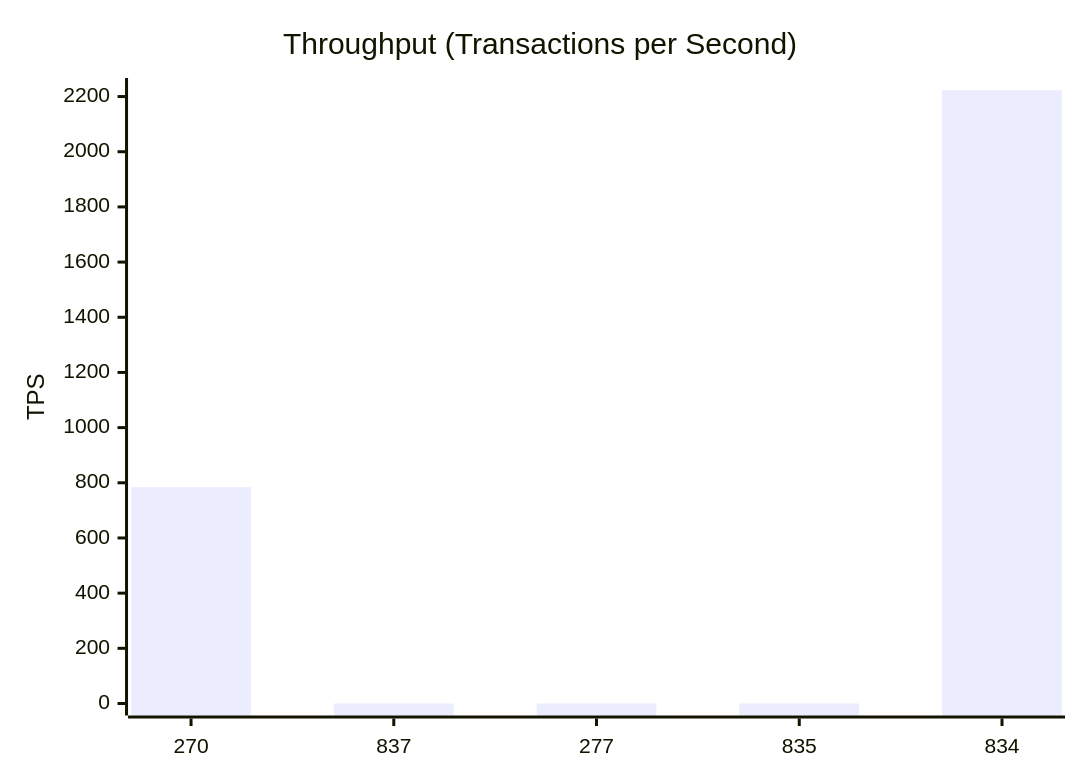
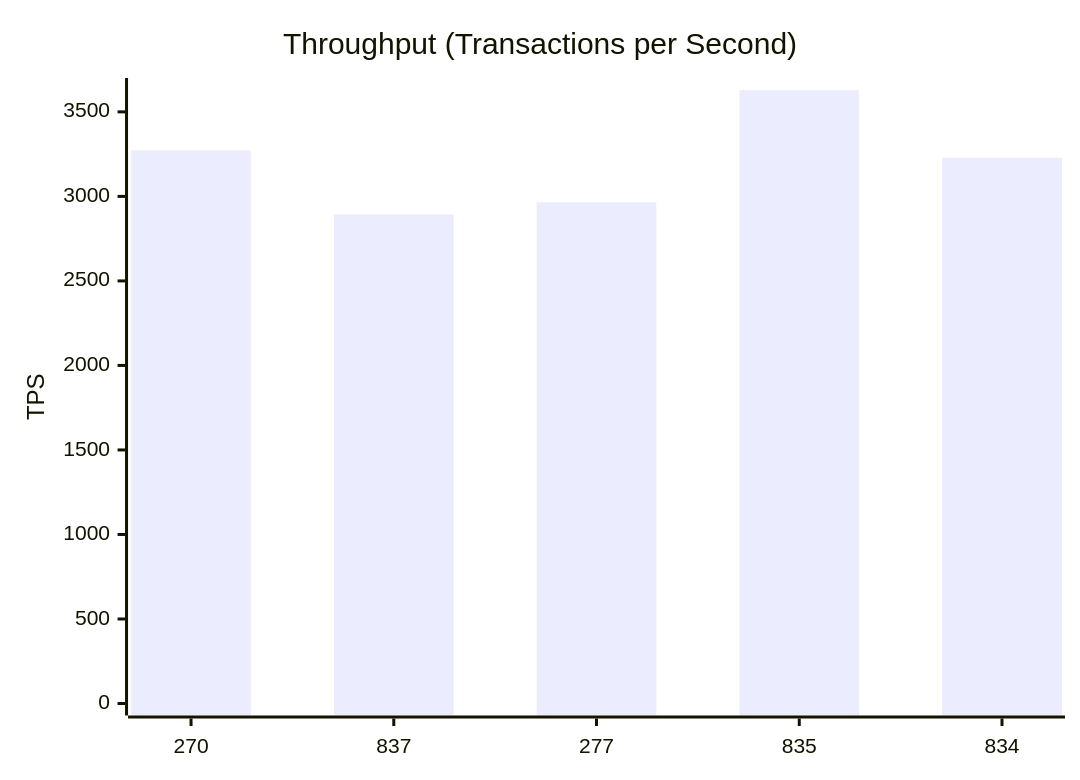
One commit to dhagan-va/intern-2025 changed the second of 10 diagrams in test-tools/DataGen/src/Statistics_Visualizer.md. Above: the diagram before and after it, drawn with Mermaid. The commit also changed other lines of this file and 2 other files, not shown here.

````diff
--- a/test-tools/DataGen/src/Statistics_Visualizer.md
+++ b/test-tools/DataGen/src/Statistics_Visualizer.md
@@ -30,7 +30,7 @@
 ```mermaid
 xychart-beta
     title "Throughput (Transactions per Second)"
     x-axis ["270", "837", "277", "835", "834"]
-    y-axis "TPS" 0 --> 2223.7585225338953
-    bar [784.1566201452165, 0.0, 0.0, 0.0, 2222.7585225338953]
+    y-axis "TPS" 0 --> 3629.43780875738
+    bar [3272.2427428200454, 2893.3870770338267, 2965.5717874479806, 3628.43780875738, 3228.9260107749265]
 ```
````
